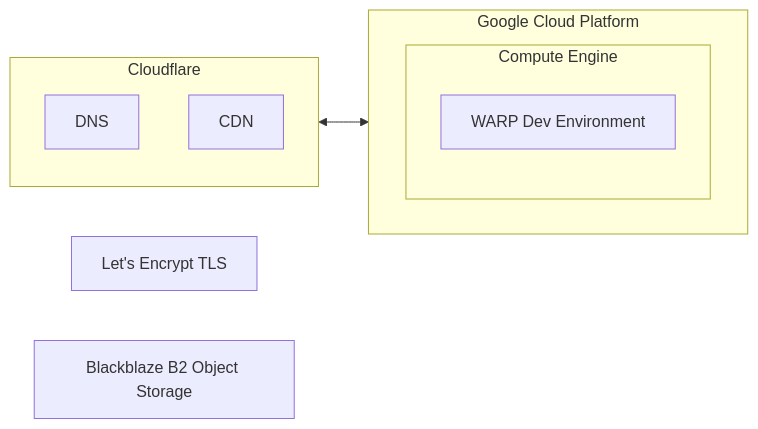
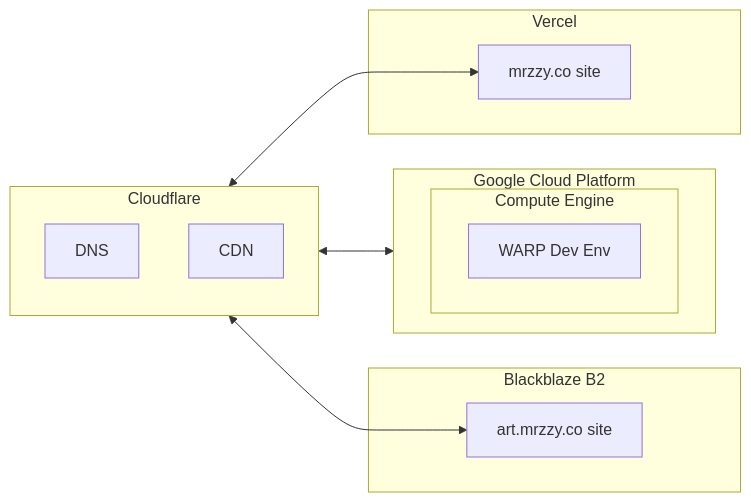
Before and after one commit to mrzzy/nimbus: the diagram in README.md, drawn with Mermaid. The commit also changed other lines of this file, not shown here.

Commit message:
doc(README): update readme include vercel and mrzzy.co

````diff
--- a/README.md
+++ b/README.md
@@ -12,20 +16,25 @@
 ```mermaid
 flowchart LR
-    tls[Let's Encrypt TLS]
-    b2[Blackblaze B2 Object Storage]
-
     subgraph cf[Cloudflare]
         direction TB
         DNS
         CDN
     end
 
-    cf[Cloudflare] <--> gcp
+    cf[Cloudflare] <--> dev-env & art & site
 
     subgraph gcp[Google Cloud Platform]
         direction LR
         subgraph gce[Compute Engine]
-            dev-env[WARP Dev Environment]
+            dev-env[WARP Dev Env]
         end
     end
+
+    subgraph b2[Blackblaze B2]
+        art[art.mrzzy.co site]
+    end
+
+    subgraph vercel[Vercel]
+        site[mrzzy.co site]
+    end
 ```
````
